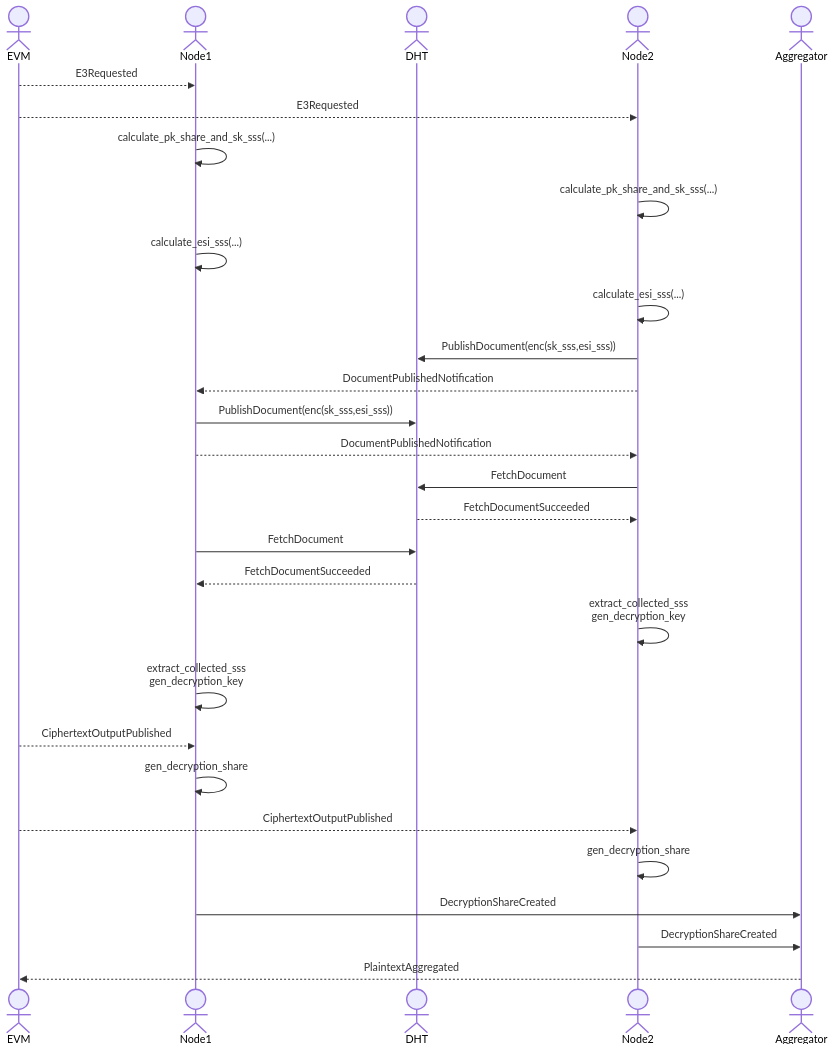
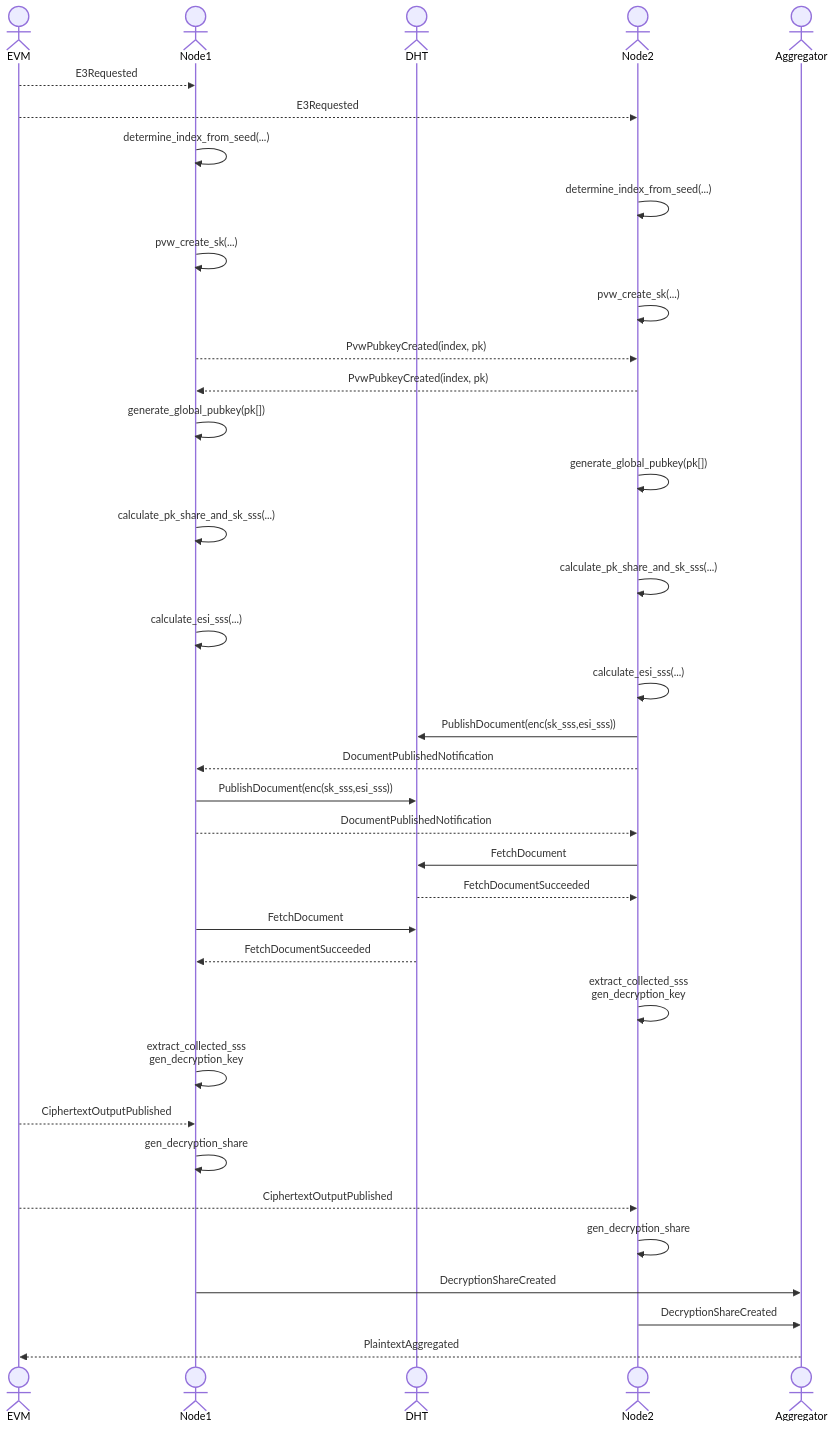
One commit to gnosisguild/enclave changed the diagram in crates/events/node_dht_dkg.mmd. Above: the diagram before and after it, drawn with Mermaid. The commit also changed other lines of this file, not shown here.

Commit message:
feat: update diagram to include pvw

```diff
--- a/crates/events/node_dht_dkg.mmd
+++ b/crates/events/node_dht_dkg.mmd
@@ -1,30 +1,38 @@
 sequenceDiagram
   actor EVM
   actor Node1
   actor DHT 
   actor Node2 
   actor Agg as Aggregator
 
   EVM -->> Node1: E3Requested
   EVM -->> Node2: E3Requested
+  Node1 ->> Node1: determine_index_from_seed(...)
+  Node2 ->> Node2: determine_index_from_seed(...)
+  Node1 ->> Node1: pvw_create_sk(...)
+  Node2 ->> Node2: pvw_create_sk(...)
+  Node1 -->> Node2: PvwPubkeyCreated(index, pk)
+  Node2 -->> Node1: PvwPubkeyCreated(index, pk)
+  Node1 ->> Node1: generate_global_pubkey(pk[])
+  Node2 ->> Node2: generate_global_pubkey(pk[])
   Node1 ->> Node1: calculate_pk_share_and_sk_sss(...)
   Node2 ->> Node2: calculate_pk_share_and_sk_sss(...)
   Node1 ->> Node1: calculate_esi_sss(...)
   Node2 ->> Node2: calculate_esi_sss(...)
   Node2 ->> DHT: PublishDocument(enc(sk_sss,esi_sss))
   Node2 -->> Node1: DocumentPublishedNotification
   Node1 ->> DHT: PublishDocument(enc(sk_sss,esi_sss))
   Node1 -->> Node2: DocumentPublishedNotification
   Node2 ->> DHT: FetchDocument
   DHT -->> Node2: FetchDocumentSucceeded
   Node1 ->> DHT: FetchDocument
   DHT -->> Node1: FetchDocumentSucceeded
   Node2 ->> Node2: extract_collected_sss <br/> gen_decryption_key
   Node1 ->> Node1: extract_collected_sss <br/> gen_decryption_key
   EVM -->> Node1: CiphertextOutputPublished
   Node1 ->> Node1: gen_decryption_share
   EVM -->> Node2: CiphertextOutputPublished
   Node2 ->> Node2: gen_decryption_share
   Node1 ->> Agg: DecryptionShareCreated
   Node2 ->> Agg: DecryptionShareCreated
   Agg -->> EVM: PlaintextAggregated
```
